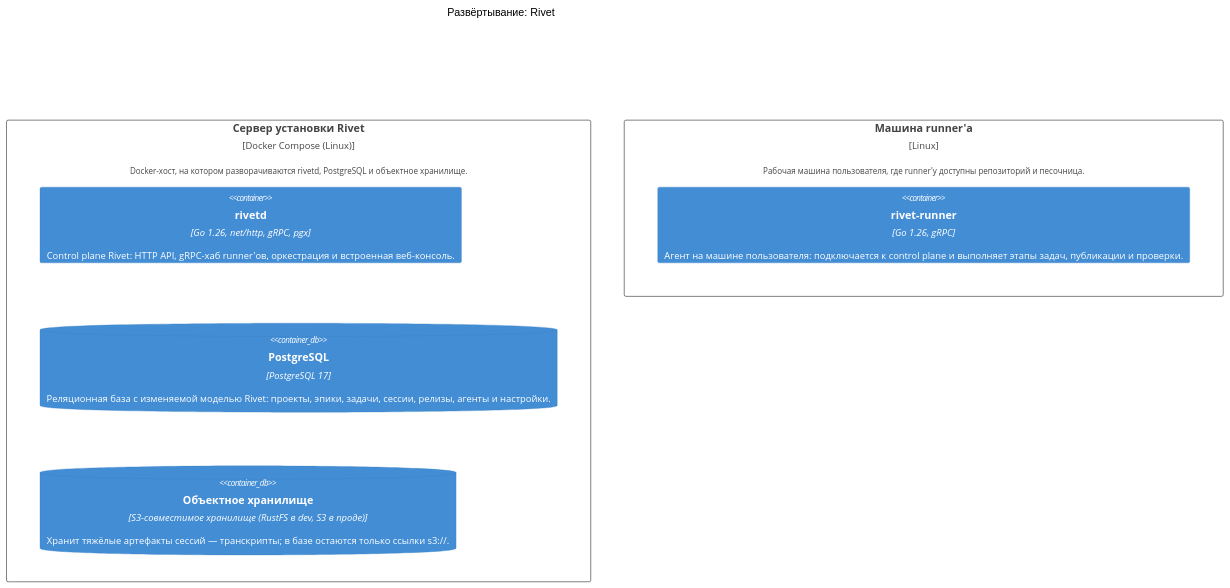
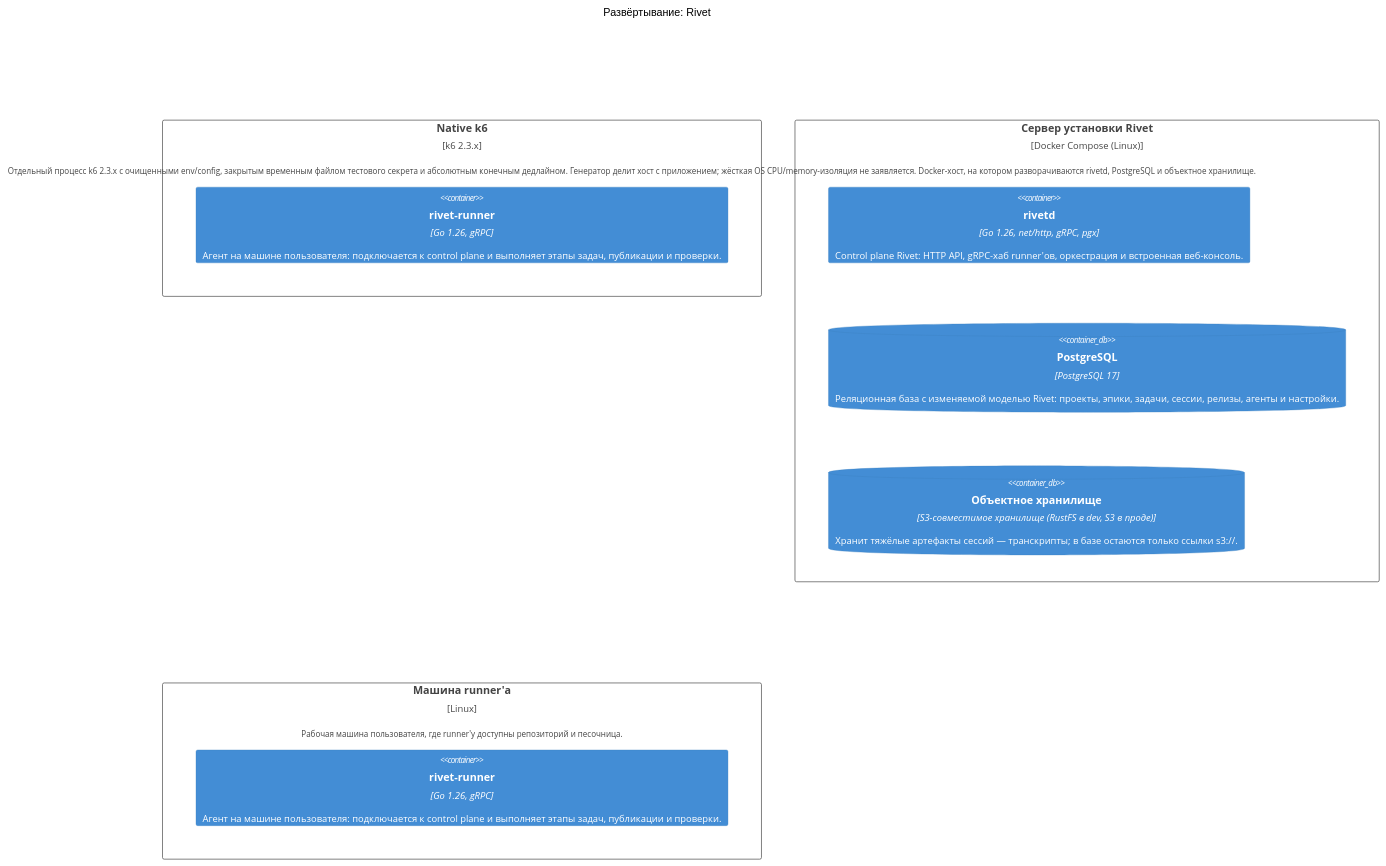
One commit to PavluninVladimir/rivet changed the diagram in docs/architecture/views/c4/deployment.md. Above: the diagram before and after it, drawn with Mermaid (neutral theme). The commit also changed 57 other files, not shown here.

````diff
--- a/docs/architecture/views/c4/deployment.md
+++ b/docs/architecture/views/c4/deployment.md
@@ -7,12 +7,15 @@
 ```mermaid
 C4Deployment
   title Развёртывание: Rivet
+  Deployment_Node(n_tech_k6, "Native k6", "k6 2.3.x", "Отдельный процесс k6 2.3.x с очищенными env/config, закрытым временным файлом тестового секрета и абсолютным конечным дедлайном. Генератор делит хост с приложением; жёсткая OS CPU/memory-изоляция не заявляется.") {
+    Container(n_inst_tech_k6_app_runner, "rivet-runner", "Go 1.26, gRPC", "Агент на машине пользователя: подключается к control plane и выполняет этапы задач, публикации и проверки.")
+  }
   Deployment_Node(n_tech_node_plane, "Сервер установки Rivet", "Docker Compose (Linux)", "Docker-хост, на котором разворачиваются rivetd, PostgreSQL и объектное хранилище.") {
     Container(n_inst_tech_node_plane_app_rivetd, "rivetd", "Go 1.26, net/http, gRPC, pgx", "Control plane Rivet: HTTP API, gRPC-хаб runner'ов, оркестрация и встроенная веб-консоль.")
     ContainerDb(n_inst_tech_node_plane_tech_postgres, "PostgreSQL", "PostgreSQL 17", "Реляционная база с изменяемой моделью Rivet: проекты, эпики, задачи, сессии, релизы, агенты и настройки.")
     ContainerDb(n_inst_tech_node_plane_tech_s3, "Объектное хранилище", "S3-совместимое хранилище (RustFS в dev, S3 в проде)", "Хранит тяжёлые артефакты сессий — транскрипты; в базе остаются только ссылки s3://.")
   }
   Deployment_Node(n_tech_node_runner, "Машина runner'а", "Linux", "Рабочая машина пользователя, где runner'у доступны репозиторий и песочница.") {
     Container(n_inst_tech_node_runner_app_runner, "rivet-runner", "Go 1.26, gRPC", "Агент на машине пользователя: подключается к control plane и выполняет этапы задач, публикации и проверки.")
   }
 ```
````
